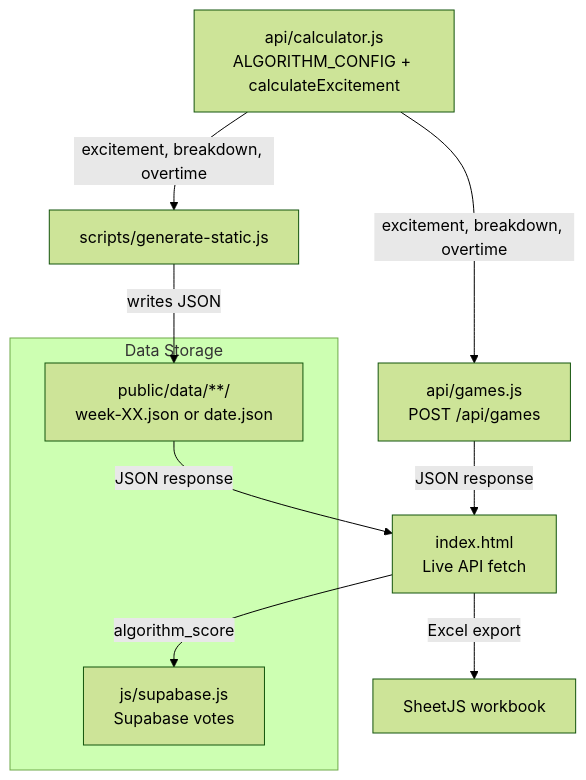
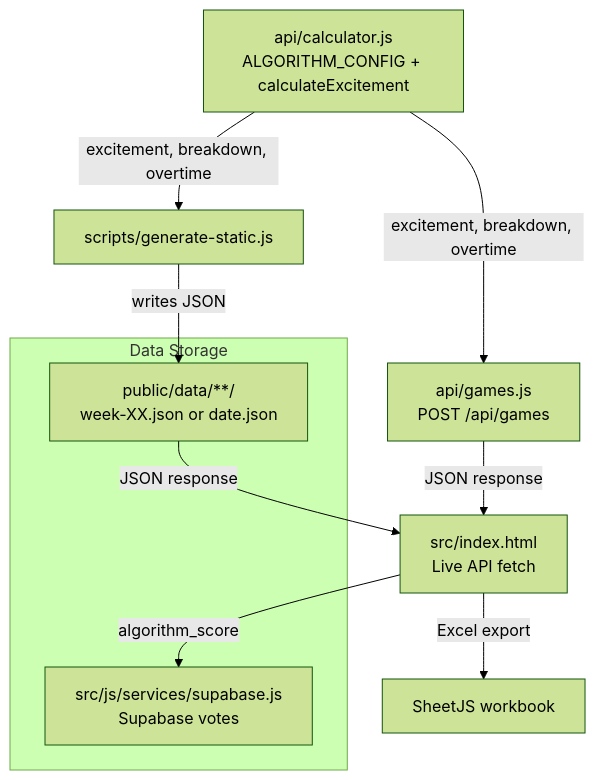
One commit to mjsilverman19/game-excitement-tracker changed the diagram in ALGORITHM_DEPENDENCIES.md. Above: the diagram before and after it, drawn with Mermaid (forest theme). The commit also changed other lines of this file and 10 other files, not shown here.

````diff
--- a/ALGORITHM_DEPENDENCIES.md
+++ b/ALGORITHM_DEPENDENCIES.md
@@ -7,15 +7,15 @@
 ```mermaid
 graph TD
     A[api/calculator.js\nALGORITHM_CONFIG + calculateExcitement] -->|excitement, breakdown, overtime| B[api/games.js\nPOST /api/games]
     A -->|excitement, breakdown, overtime| C[scripts/generate-static.js]
     C -->|writes JSON| D[public/data/**/\nweek-XX.json or date.json]
-    B -->|JSON response| E[index.html\nLive API fetch]
+    B -->|JSON response| E[src/index.html\nLive API fetch]
     D -->|JSON response| E
-    E -->|algorithm_score| F[js/supabase.js\nSupabase votes]
+    E -->|algorithm_score| F[src/js/services/supabase.js\nSupabase votes]
     E -->|Excel export| G[SheetJS workbook]
 
     subgraph Data Storage
         D
         F
     end
 ```
````
